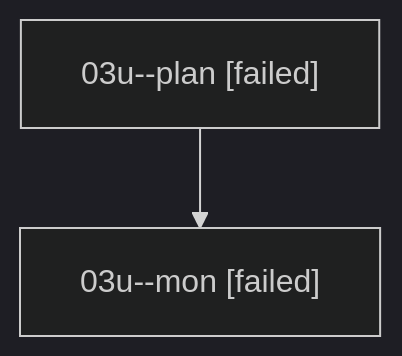
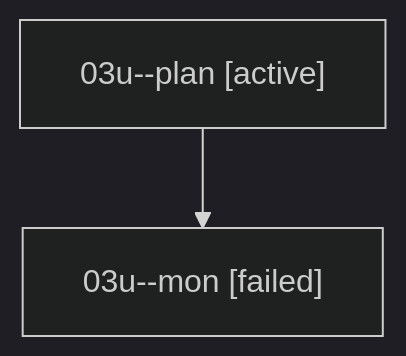
One commit to sase-org/sase--agents changed the diagram in families/bbugyi200.athena.03u.md. Above: the diagram before and after it, drawn with Mermaid (dark theme). The commit also changed other lines of this file and 35830 other files, not shown here.

````diff
--- a/families/bbugyi200.athena.03u.md
+++ b/families/bbugyi200.athena.03u.md
@@ -9,6 +9,6 @@
 ```mermaid
 flowchart TD
-  n0["03u--plan [failed]"]
+  n0["03u--plan [active]"]
   n1["03u--mon [failed]"]
   n0 --> n1
 ```
````
